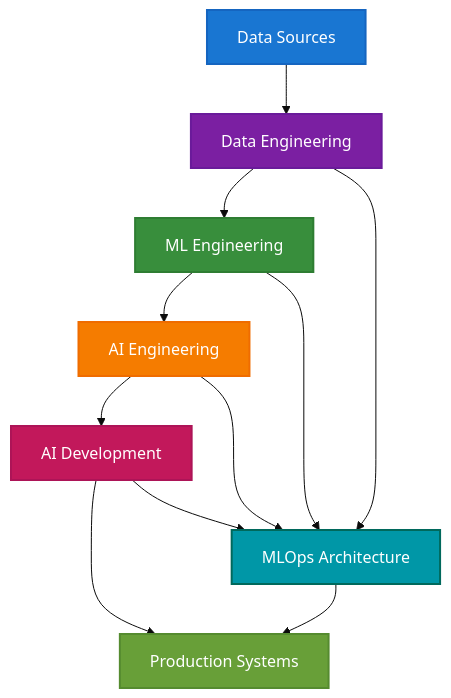
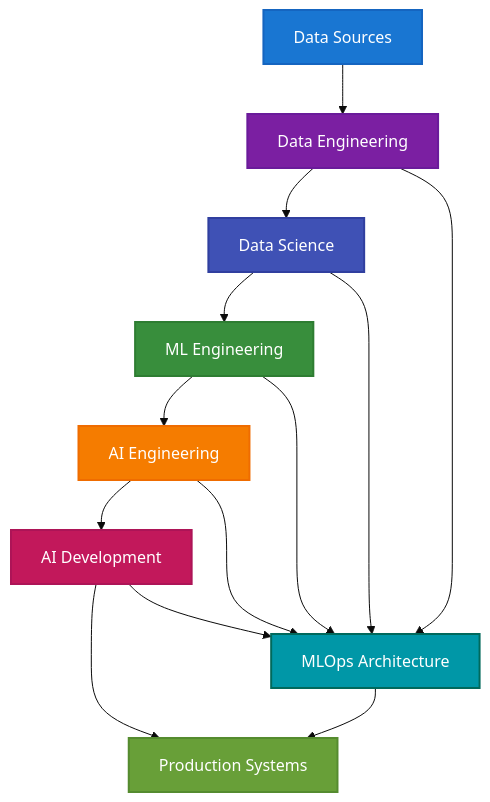
Before and after one commit to khaosans/articles: the first of 2 diagrams in README.md, drawn with Mermaid (base theme). The commit also changed other lines of this file and 7 other files, not shown here.

````diff
--- a/README.md
+++ b/README.md
@@ -39,22 +41,25 @@
 ```mermaid
 flowchart TD
     A[Data Sources] --> B[Data Engineering]
-    B --> C[ML Engineering]
-    C --> D[AI Engineering]
-    D --> E[AI Development]
-    E --> F[Production Systems]
+    B --> C[Data Science]
+    C --> D[ML Engineering]
+    D --> E[AI Engineering]
+    E --> F[AI Development]
+    F --> G[Production Systems]
     
-    B --> G[MLOps Architecture]
-    C --> G
-    D --> G
-    E --> G
-    G --> F
+    B --> H[MLOps Architecture]
+    C --> H
+    D --> H
+    E --> H
+    F --> H
+    H --> G
     
     style A fill:#1976d2,stroke:#1565c0,stroke-width:2px,color:#ffffff
     style B fill:#7b1fa2,stroke:#6a1b9a,stroke-width:2px,color:#ffffff
-    style C fill:#388e3c,stroke:#2e7d32,stroke-width:2px,color:#ffffff
-    style D fill:#f57c00,stroke:#ef6c00,stroke-width:2px,color:#ffffff
-    style E fill:#c2185b,stroke:#ad1457,stroke-width:2px,color:#ffffff
-    style F fill:#689f38,stroke:#558b2f,stroke-width:2px,color:#ffffff
-    style G fill:#0097a7,stroke:#00695c,stroke-width:2px,color:#ffffff
+    style C fill:#3f51b5,stroke:#303f9f,stroke-width:2px,color:#ffffff
+    style D fill:#388e3c,stroke:#2e7d32,stroke-width:2px,color:#ffffff
+    style E fill:#f57c00,stroke:#ef6c00,stroke-width:2px,color:#ffffff
+    style F fill:#c2185b,stroke:#ad1457,stroke-width:2px,color:#ffffff
+    style G fill:#689f38,stroke:#558b2f,stroke-width:2px,color:#ffffff
+    style H fill:#0097a7,stroke:#00695c,stroke-width:2px,color:#ffffff
 ```
````
